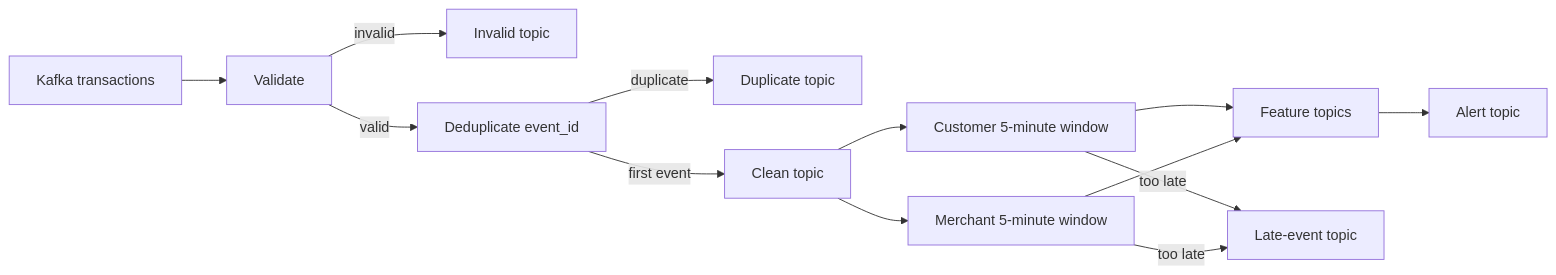
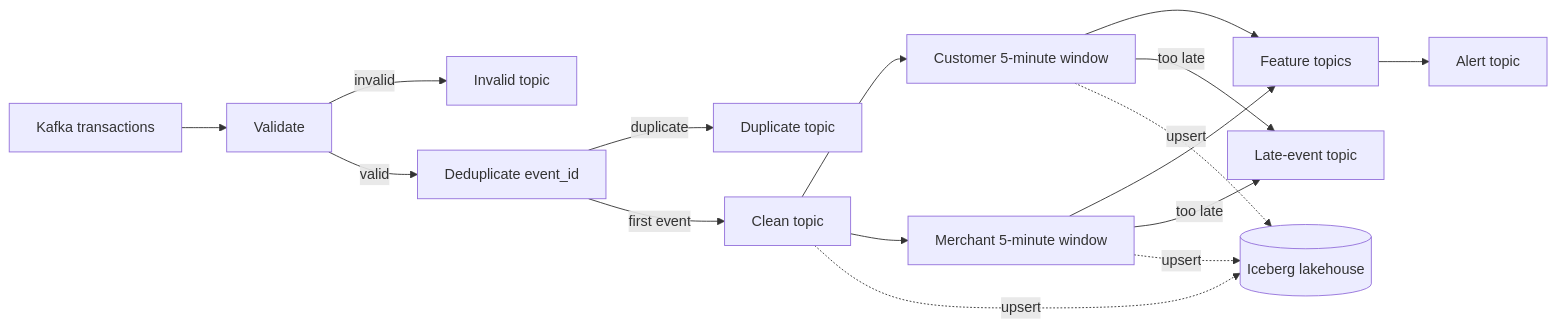
Before and after one commit to hiendat04/fraudstream: the diagram in docs/07_flink_streaming_pipeline.md, drawn with Mermaid. The commit also changed other lines of this file and 47 other files, not shown here.

````diff
--- a/docs/07_flink_streaming_pipeline.md
+++ b/docs/07_flink_streaming_pipeline.md
@@ -12,15 +12,18 @@
 ```mermaid
 flowchart LR
     source[Kafka transactions] --> validate[Validate]
     validate -->|invalid| invalid[Invalid topic]
     validate -->|valid| dedupe[Deduplicate event_id]
     dedupe -->|duplicate| duplicates[Duplicate topic]
     dedupe -->|first event| clean[Clean topic]
     clean --> customer[Customer 5-minute window]
     clean --> merchant[Merchant 5-minute window]
     customer --> features[Feature topics]
     merchant --> features
     features --> alerts[Alert topic]
     customer -->|too late| late[Late-event topic]
     merchant -->|too late| late
+    clean -.upsert.-> iceberg[(Iceberg lakehouse)]
+    customer -.upsert.-> iceberg
+    merchant -.upsert.-> iceberg
 ```
````
